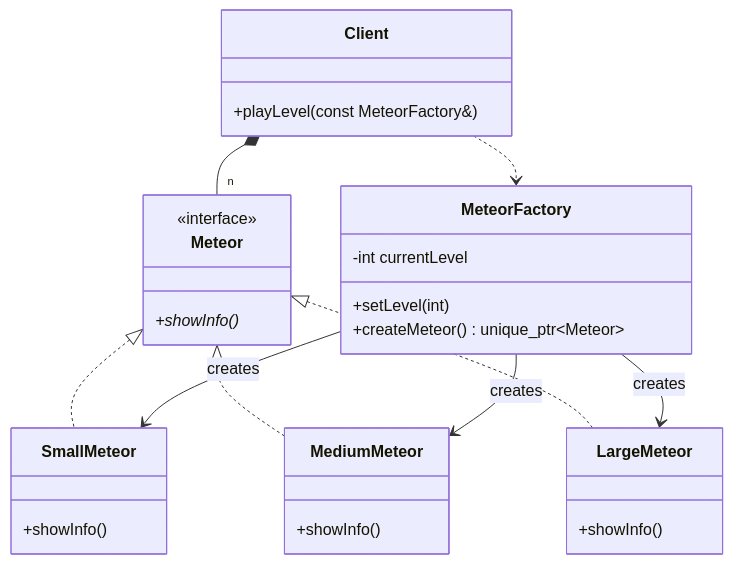
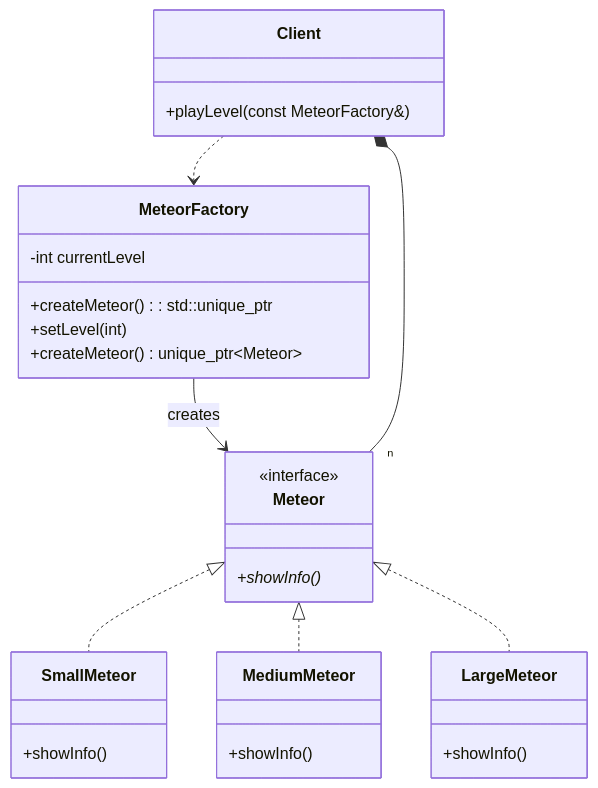
One commit to Cichlidfishexigency721/Modern-CPP-Design-Patterns changed the diagram in 02_FactoryMethod/SimpleFactoryMethod/diagram.md. Above: the diagram before and after it, drawn with Mermaid.

Commit message:
UML improvement

````diff
--- a/02_FactoryMethod/SimpleFactoryMethod/diagram.md
+++ b/02_FactoryMethod/SimpleFactoryMethod/diagram.md
@@ -3,39 +3,40 @@
 ```mermaid
 classDiagram
     class Meteor {
         <<interface>>
         +showInfo()*
     }
     class SmallMeteor {
         +showInfo()
     }
     class MediumMeteor {
         +showInfo()
     }
     class LargeMeteor {
         +showInfo()
     }
 
     class MeteorFactory {
         -int currentLevel
+        +createMeteor() : std::unique_ptr<Meteor> 
         +setLevel(int)
         +createMeteor() unique_ptr~Meteor~
     }
 
     class Client {
         +playLevel(const MeteorFactory&)
     }
 
     Meteor <|.. SmallMeteor
     Meteor <|.. MediumMeteor
     Meteor <|.. LargeMeteor
 
     %% The Factory creates specific concrete products based on its internal state
-    MeteorFactory --> SmallMeteor : creates
-    MeteorFactory --> MediumMeteor : creates
-    MeteorFactory --> LargeMeteor : creates
+    MeteorFactory --> Meteor : creates
+    %%MeteorFactory --> MediumMeteor : creates
+    %%MeteorFactory --> LargeMeteor : creates
     
     %% Client relies on the single concrete factory and the abstract product
     Client ..> MeteorFactory
     Client *-- "n" Meteor
 ```
````
